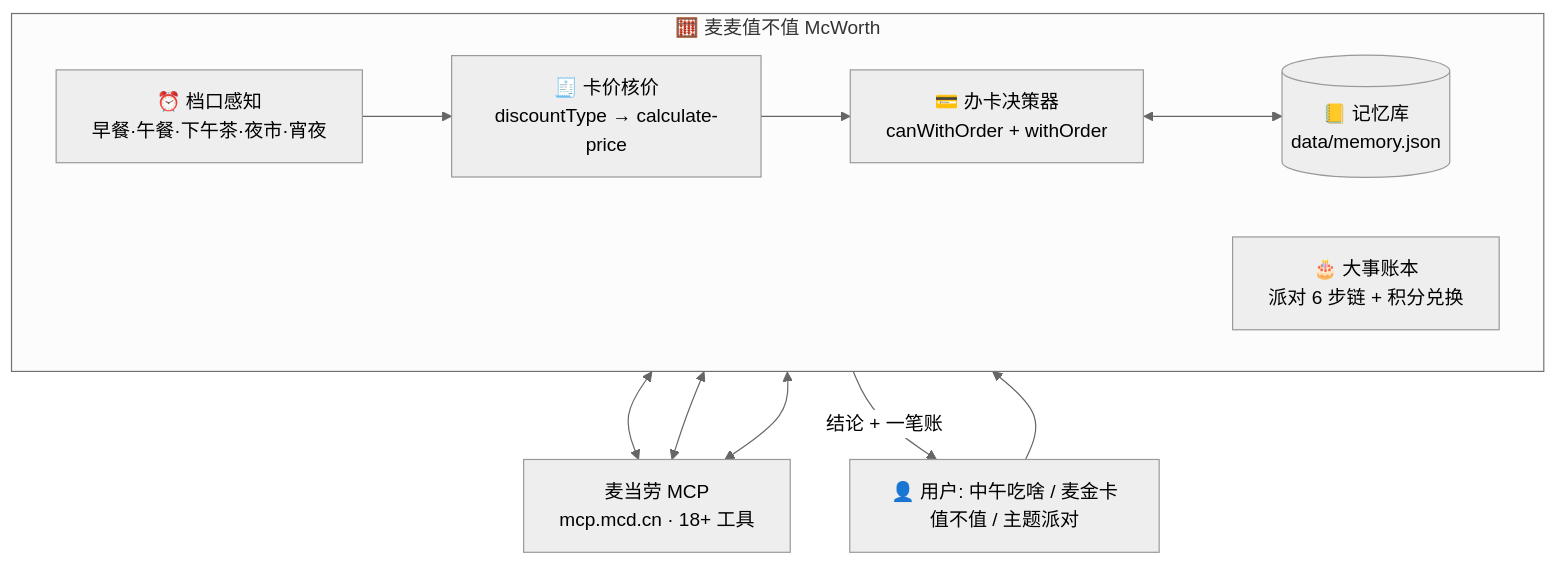
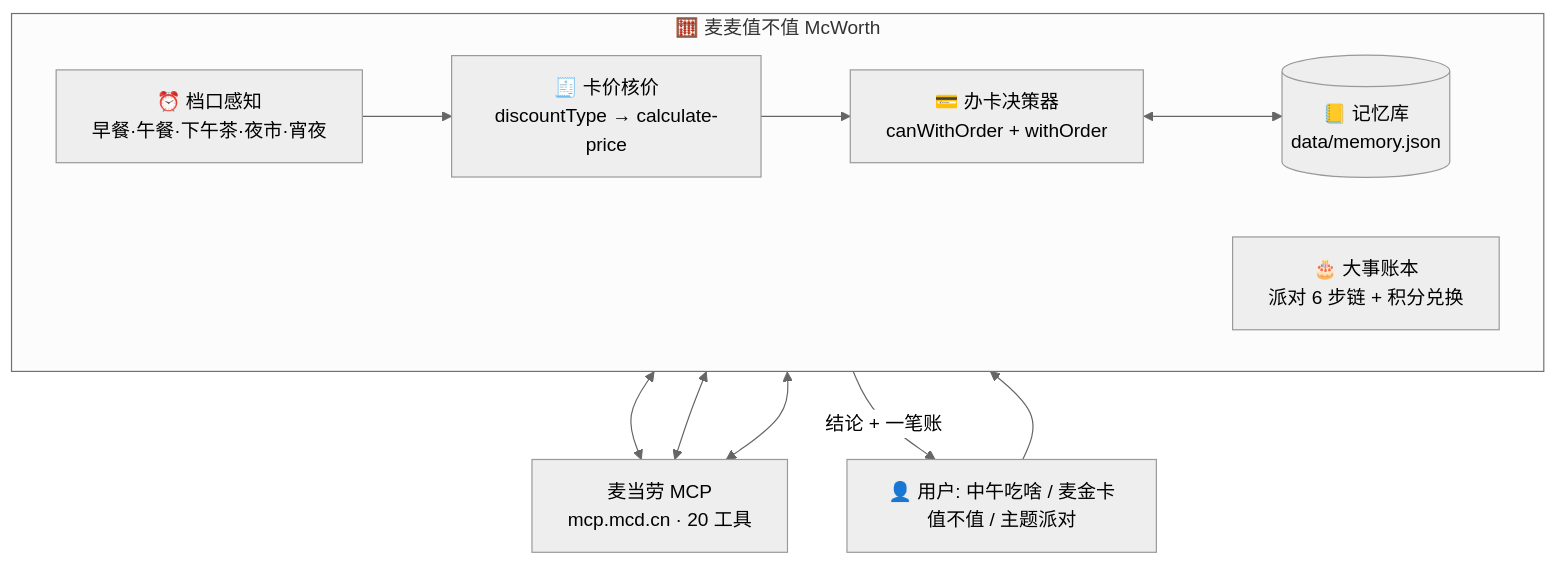
The diagram in README.md (d-ouyang/mcd-worth-it), drawn with Mermaid (neutral theme) before and after one commit. The commit also changed other lines of this file and 2 other files, not shown here.

````diff
--- a/README.md
+++ b/README.md
@@ -88,22 +89,22 @@
 ```mermaid
 flowchart TD
     U["👤 用户: 中午吃啥 / 麦金卡值不值 / 主题派对"]
     subgraph S["🧮 麦麦值不值 McWorth"]
         direction LR
         A["⏰ 档口感知<br/>早餐·午餐·下午茶·夜市·宵夜"]
         B["🧾 卡价核价<br/>discountType → calculate-price"]
         C["💳 办卡决策器<br/>canWithOrder + withOrder"]
         D["🎂 大事账本<br/>派对 6 步链 + 积分兑换"]
         L[("📒 记忆库<br/>data/memory.json")]
     end
-    M["麦当劳 MCP<br/>mcp.mcd.cn · 18+ 工具"]
+    M["麦当劳 MCP<br/>mcp.mcd.cn · 20 工具"]
 
     U --> S
     A --> B
     B --> C
     C <--> L
     B <--> M
     C <--> M
     D <--> M
     S -->|"结论 + 一笔账"| U
 ```
````
